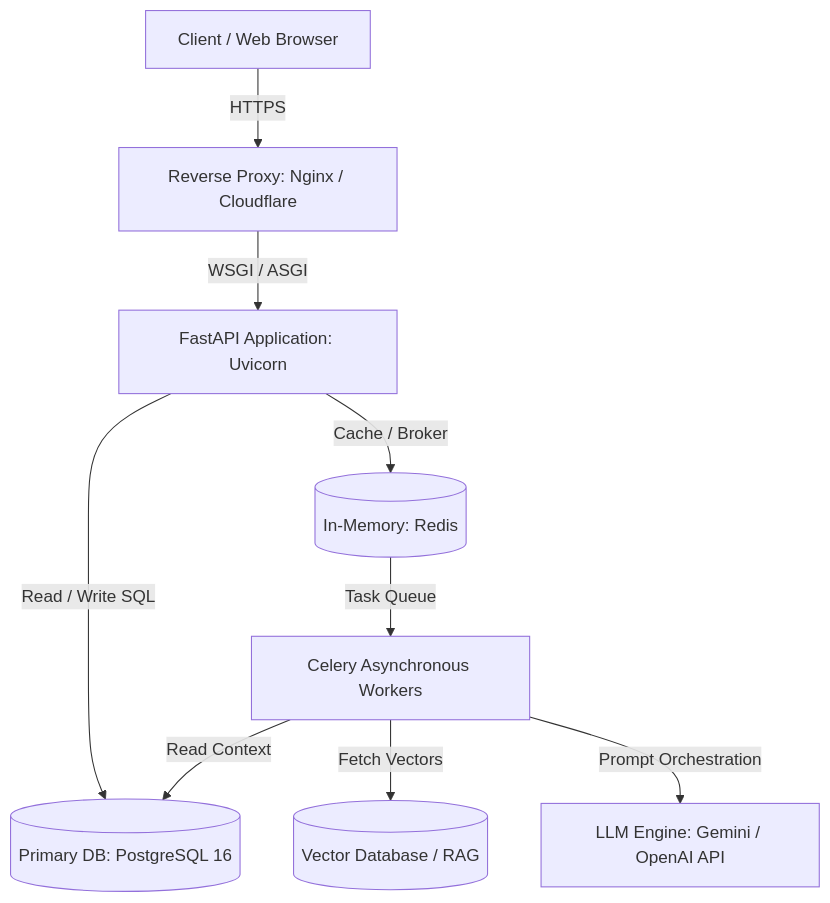
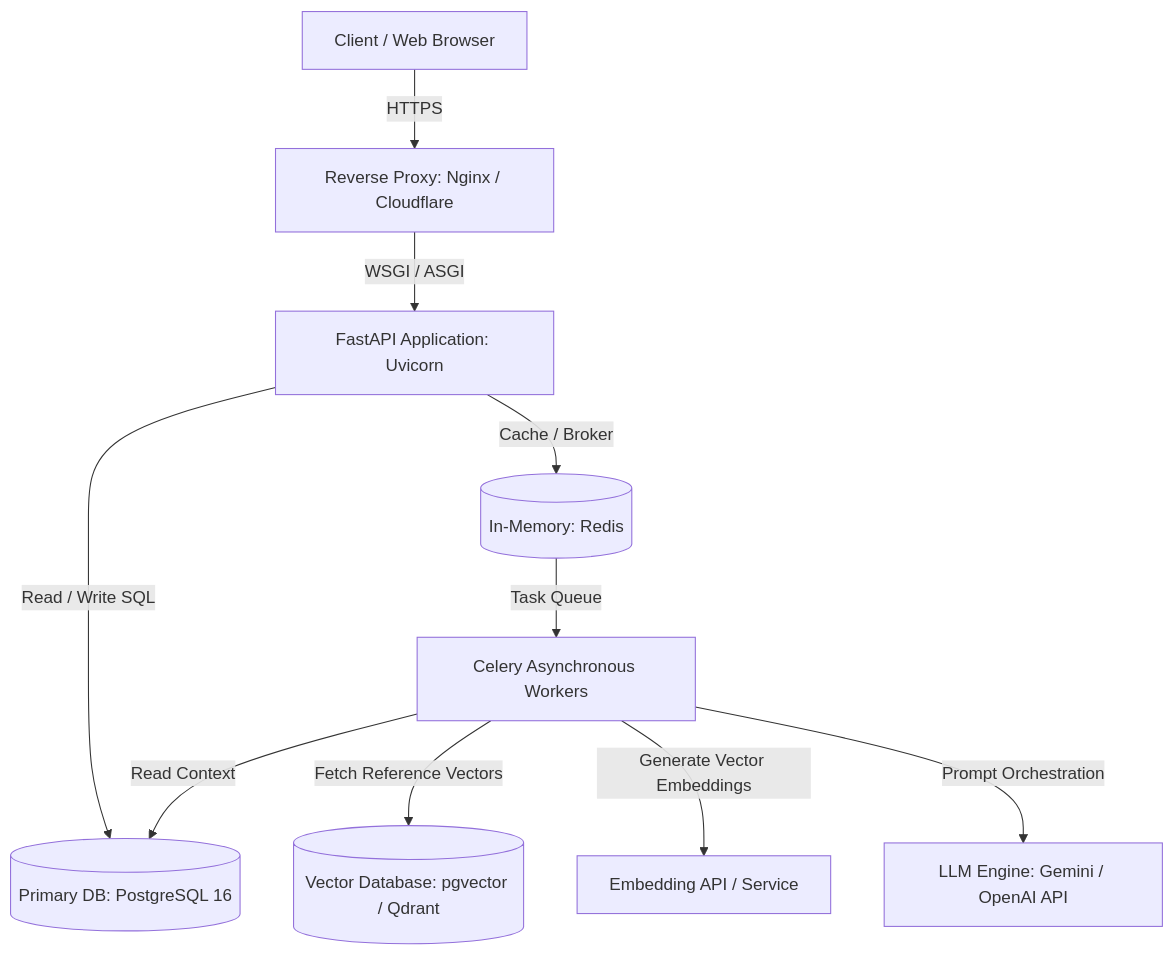
One commit to manuelixvivi/lockxam changed the fifth of 9 diagrams in docs/TDD.md. Above: the diagram before and after it, drawn with Mermaid. The commit also changed other lines of this file and 251 other files, not shown here.

````diff
--- a/docs/TDD.md
+++ b/docs/TDD.md
@@ -220,11 +303,12 @@
 ```mermaid
 flowchart TD
     Client[Client / Web Browser] -->|HTTPS| Proxy[Reverse Proxy: Nginx / Cloudflare]
     Proxy -->|WSGI / ASGI| App[FastAPI Application: Uvicorn]
     App -->|Read / Write SQL| DB[(Primary DB: PostgreSQL 16)]
     App -->|Cache / Broker| Redis[(In-Memory: Redis)]
     Redis -->|Task Queue| Worker[Celery Asynchronous Workers]
     Worker -->|Read Context| DB
-    Worker -->|Fetch Vectors| RAG[(Vector Database / RAG)]
+    Worker -->|Fetch Reference Vectors| VecDB[(Vector Database: pgvector / Qdrant)]
+    Worker -->|Generate Vector Embeddings| Embed[Embedding API / Service]
     Worker -->|Prompt Orchestration| LLM[LLM Engine: Gemini / OpenAI API]
 ```
````
